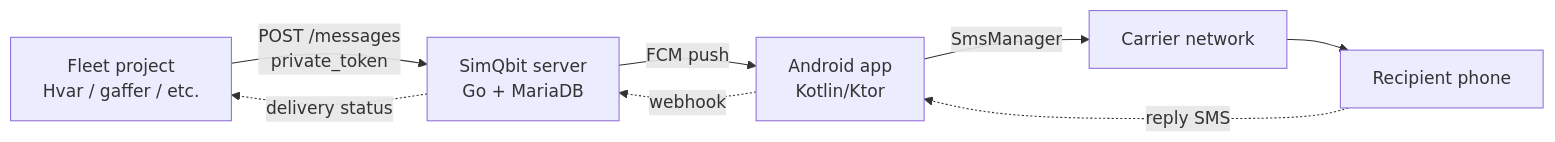
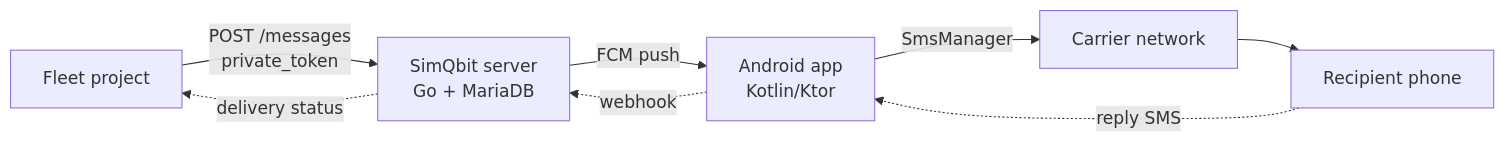
Before and after one commit to kariemSeiam/simqbit: the diagram in README.md, drawn with Mermaid. The commit also changed other lines of this file, not shown here.

First line of the commit message:
docs: strip internal project names, match plumb FAQ pattern

````diff
--- a/README.md
+++ b/README.md
@@ -78,10 +78,10 @@
 ```mermaid
 flowchart LR
-    A[Fleet project<br/>Hvar / gaffer / etc.] -->|POST /messages<br/>private_token| B[SimQbit server<br/>Go + MariaDB]
+    A[Fleet project] -->|POST /messages<br/>private_token| B[SimQbit server<br/>Go + MariaDB]
     B -->|FCM push| C[Android app<br/>Kotlin/Ktor]
     C -->|SmsManager| D[Carrier network]
     D --> E[Recipient phone]
     E -.->|reply SMS| C
     C -.->|webhook| B
     B -.->|delivery status| A
 ```
````
